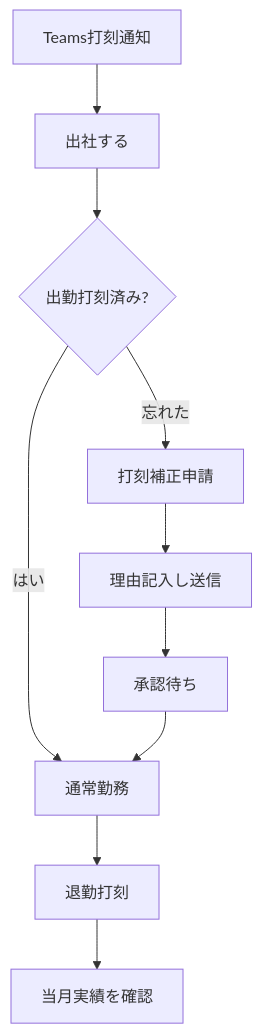
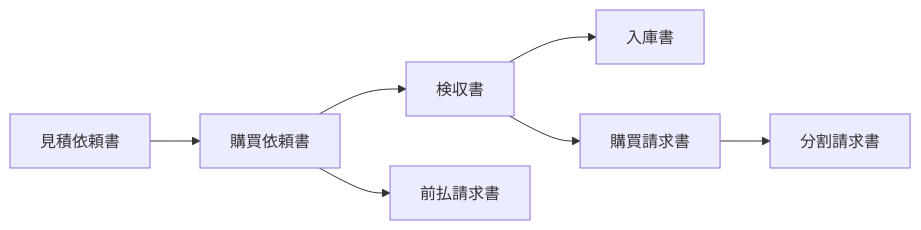
Before and after one commit to cancerfreebiotech/myops: the third of 3 diagrams in docs/generated/ja-user.md, drawn with Mermaid. The commit also changed other lines of this file and 6 other files, not shown here.

````diff
--- a/docs/generated/ja-user.md
+++ b/docs/generated/ja-user.md
@@ -152,12 +649,9 @@
 ```mermaid
-flowchart TD
-    R[Teams打刻通知] --> S[出社する]
-    S --> CI{出勤打刻済み?}
-    CI -->|はい| W[通常勤務]
-    CI -->|忘れた| M[打刻補正申請]
-    M --> F[理由記入し送信]
-    F --> AP[承認待ち]
-    AP --> W
-    W --> CO[退勤打刻]
-    CO --> E[当月実績を確認]
+flowchart LR
+    A[見積依頼書] --> B[購買依頼書]
+    B --> C[検収書]
+    C --> D[入庫書]
+    C --> E[購買請求書]
+    E --> F[分割請求書]
+    B --> G[前払請求書]
 ```
````
